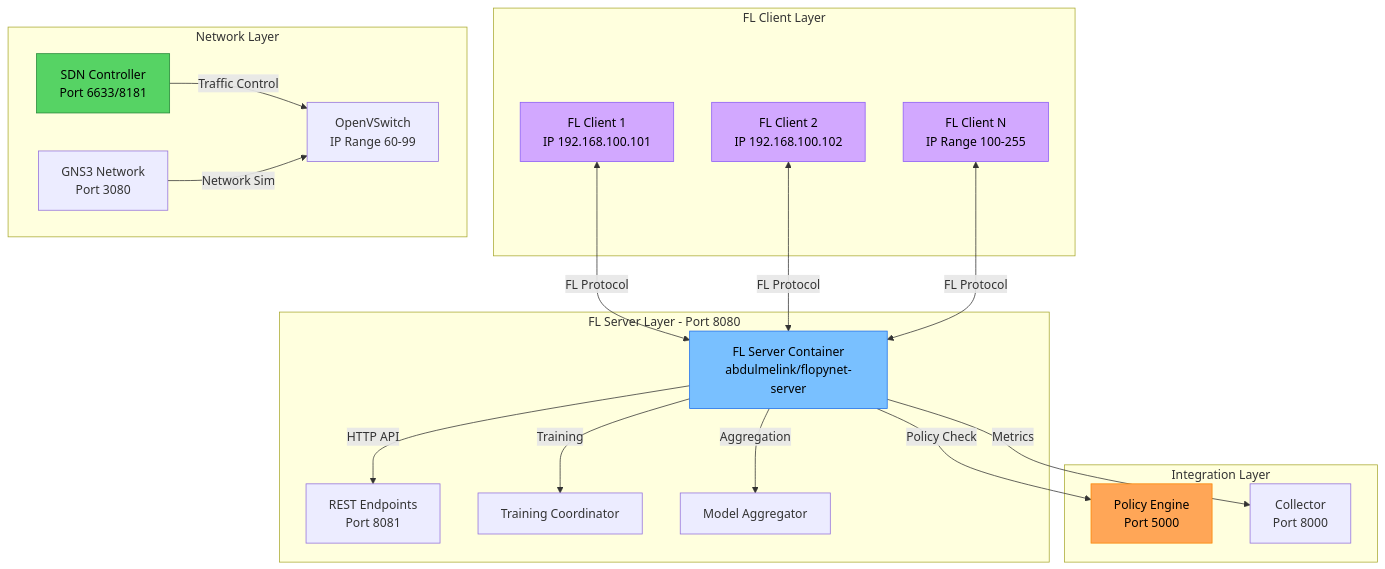
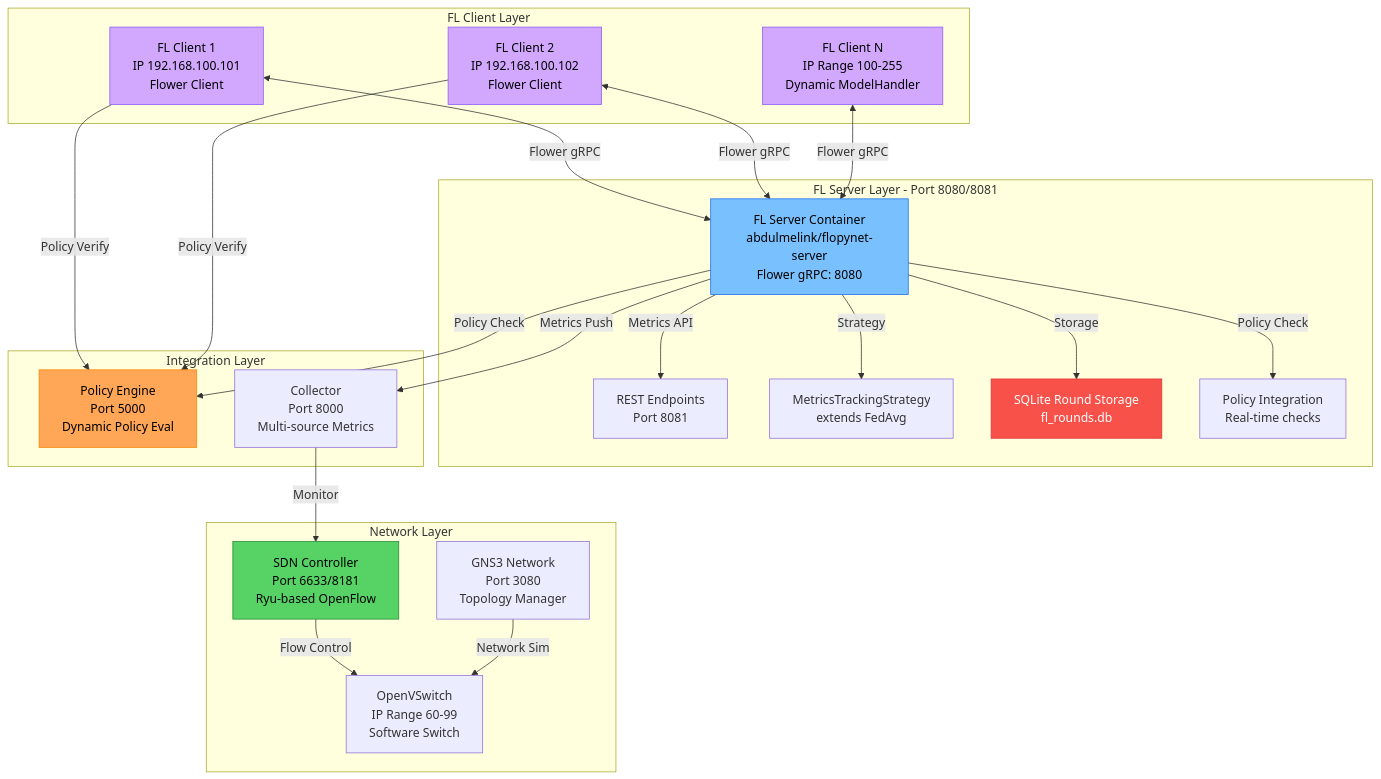
The diagram in docs/docs/components/fl-framework.md (abdulmeLINK/flopy-net), drawn with Mermaid before and after one commit. The commit also changed other lines of this file and 42 other files, not shown here.

````diff
--- a/docs/docs/components/fl-framework.md
+++ b/docs/docs/components/fl-framework.md
@@ -13,43 +13,48 @@
 ```mermaid
 graph TB
-    subgraph "FL Server Layer - Port 8080"
-        SERVER[FL Server Container<br/>abdulmelink/flopynet-server]
-        SERVER --> |HTTP API| API[REST Endpoints<br/>Port 8081]
-        SERVER --> |Training| COORD[Training Coordinator]
-        SERVER --> |Aggregation| AGG[Model Aggregator]
+    subgraph "FL Server Layer - Port 8080/8081"
+        SERVER[FL Server Container<br/>abdulmelink/flopynet-server<br/>Flower gRPC: 8080]
+        SERVER --> |Metrics API| API[REST Endpoints<br/>Port 8081]
+        SERVER --> |Strategy| COORD[MetricsTrackingStrategy<br/>extends FedAvg]
+        SERVER --> |Storage| STORAGE[SQLite Round Storage<br/>fl_rounds.db]
+        SERVER --> |Policy Check| POLICY_CHECK[Policy Integration<br/>Real-time checks]
     end
     
     subgraph "FL Client Layer"
-        CLIENT1[FL Client 1<br/>IP 192.168.100.101]
-        CLIENT2[FL Client 2<br/>IP 192.168.100.102]
-        CLIENTN[FL Client N<br/>IP Range 100-255]
+        CLIENT1[FL Client 1<br/>IP 192.168.100.101<br/>Flower Client]
+        CLIENT2[FL Client 2<br/>IP 192.168.100.102<br/>Flower Client]
+        CLIENTN[FL Client N<br/>IP Range 100-255<br/>Dynamic ModelHandler]
     end
     
     subgraph "Integration Layer"
-        POLICY[Policy Engine<br/>Port 5000]
-        COLLECTOR[Collector<br/>Port 8000]
+        POLICY[Policy Engine<br/>Port 5000<br/>Dynamic Policy Eval]
+        COLLECTOR[Collector<br/>Port 8000<br/>Multi-source Metrics]
     end
     
     subgraph "Network Layer"
-        GNS3[GNS3 Network<br/>Port 3080]
-        SDN[SDN Controller<br/>Port 6633/8181]
-        OVS[OpenVSwitch<br/>IP Range 60-99]
+        GNS3[GNS3 Network<br/>Port 3080<br/>Topology Manager]
+        SDN[SDN Controller<br/>Port 6633/8181<br/>Ryu-based OpenFlow]
+        OVS[OpenVSwitch<br/>IP Range 60-99<br/>Software Switch]
     end
     
-    CLIENT1 <--> |FL Protocol| SERVER
-    CLIENT2 <--> |FL Protocol| SERVER
-    CLIENTN <--> |FL Protocol| SERVER
+    CLIENT1 <--> |Flower gRPC| SERVER
+    CLIENT2 <--> |Flower gRPC| SERVER
+    CLIENTN <--> |Flower gRPC| SERVER
     
     SERVER --> |Policy Check| POLICY
-    SERVER --> |Metrics| COLLECTOR
+    SERVER --> |Metrics Push| COLLECTOR
+    CLIENT1 --> |Policy Verify| POLICY
+    CLIENT2 --> |Policy Verify| POLICY
     
-    SDN --> |Traffic Control| OVS
+    SDN --> |Flow Control| OVS
     GNS3 --> |Network Sim| OVS
+    COLLECTOR --> |Monitor| SDN
     
     style SERVER fill:#79c0ff,stroke:#1f6feb,color:#000
     style CLIENT1 fill:#d2a8ff,stroke:#8b5cf6,color:#000
     style CLIENT2 fill:#d2a8ff,stroke:#8b5cf6,color:#000
     style CLIENTN fill:#d2a8ff,stroke:#8b5cf6,color:#000
     style POLICY fill:#ffa657,stroke:#fb8500,color:#000
     style SDN fill:#56d364,stroke:#238636,color:#000
+    style STORAGE fill:#f85149,stroke:#da3633,color:#fff
 ```
````
